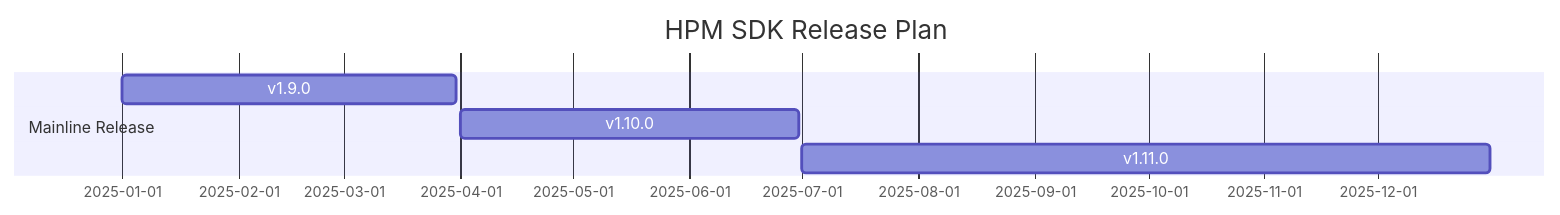
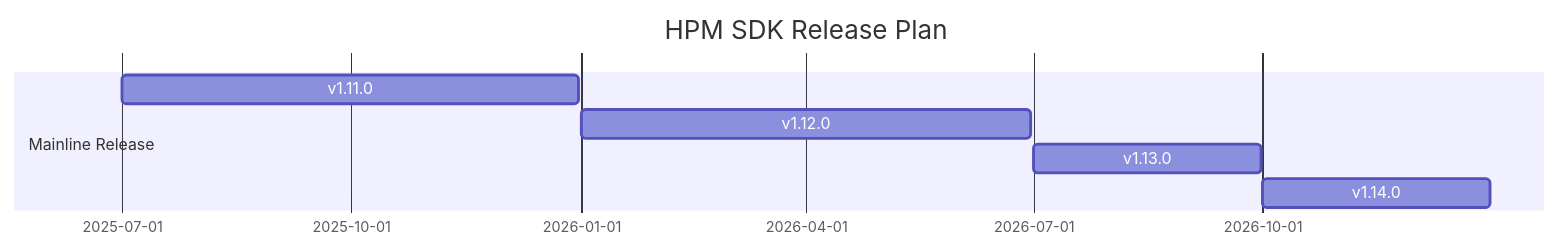
One commit to hpmicro/sdk_env changed the diagram in hpm_sdk/README_zh.md. Above: the diagram before and after it, drawn with Mermaid. The commit also changed other lines of this file and 775 other files, not shown here.

````diff
--- a/hpm_sdk/README_zh.md
+++ b/hpm_sdk/README_zh.md
@@ -1,9 +1,10 @@
 ``` mermaid
 gantt
     title HPM SDK Release Plan
     dateFormat  YYYY-MM-DD
     section Mainline Release
-    v1.9.0           :a1, 2025-01-01, 2025-03-31
-    v1.10.0          :a2, 2025-04-01, 2025-06-30
-    v1.11.0          :a3, 2025-07-01, 2025-12-31
+    v1.11.0          :a1, 2025-07-01, 2025-12-31
+    v1.12.0          :a2, 2026-01-01, 2026-06-30
+    v1.13.0          :a3, 2026-07-01, 2026-09-30
+    v1.14.0          :a4, 2026-10-01, 2026-12-31
 ```
````
